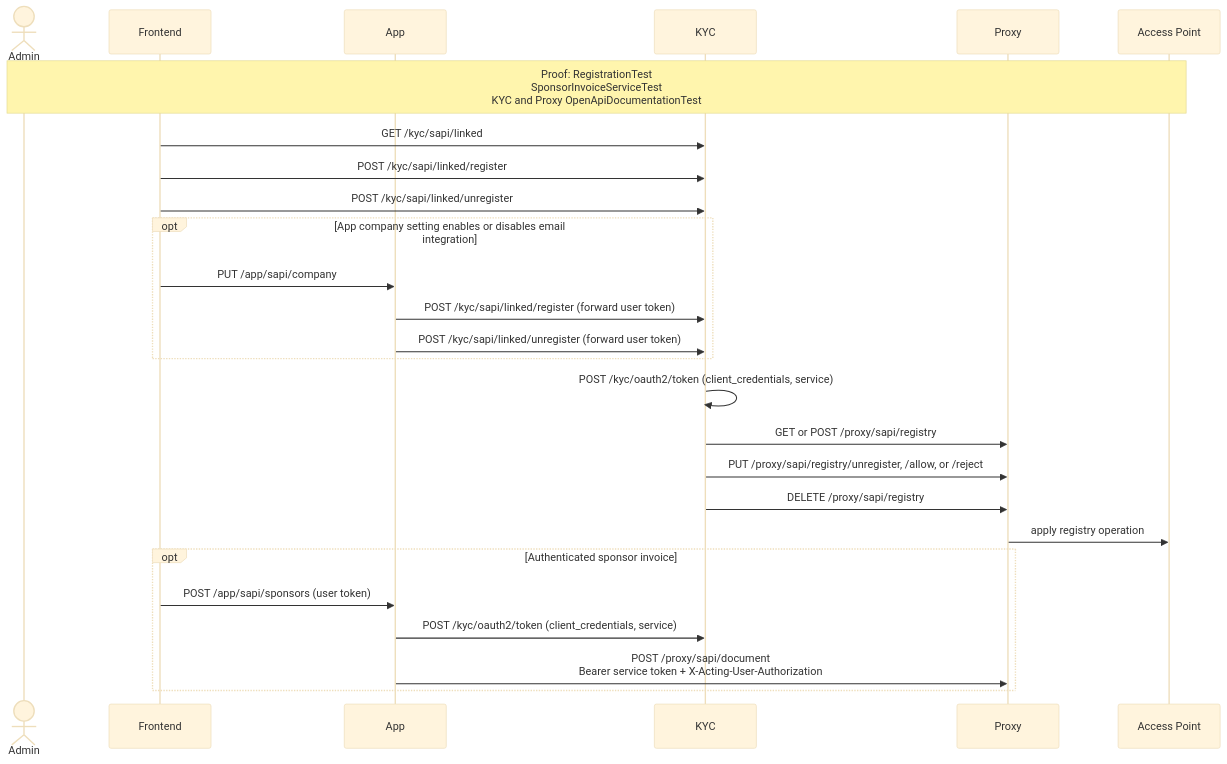
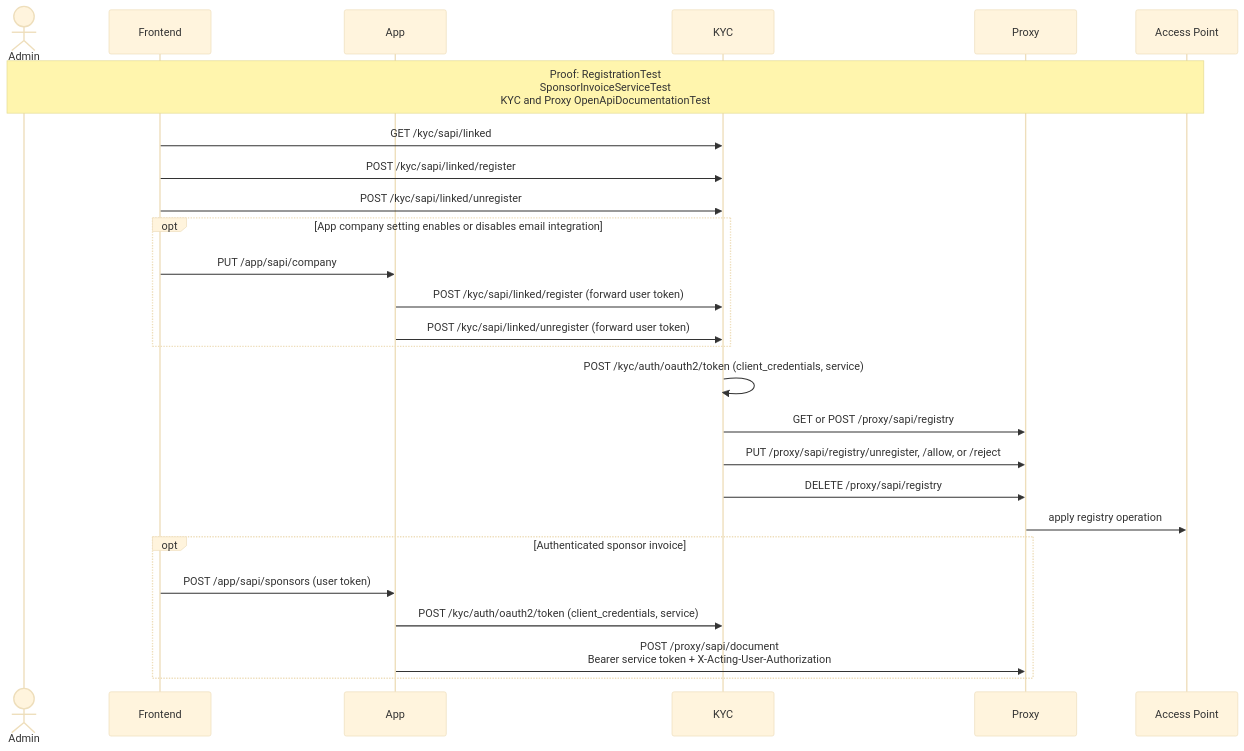
The diagram in readme/api-service-links-and-registry.md (letspeppol/letspeppol), drawn with Mermaid (base theme) before and after one commit. The commit also changed 32 other files, not shown here.

````diff
--- a/readme/api-service-links-and-registry.md
+++ b/readme/api-service-links-and-registry.md
@@ -9,29 +9,29 @@
 ```mermaid
 sequenceDiagram
     actor Admin
     participant UI as Frontend
     participant App
     participant KYC
     participant Proxy
     participant AP as Access Point
 
     Note over Admin,AP: Proof: RegistrationTest<br/>SponsorInvoiceServiceTest<br/>KYC and Proxy OpenApiDocumentationTest
     UI->>KYC: GET /kyc/sapi/linked
     UI->>KYC: POST /kyc/sapi/linked/register
     UI->>KYC: POST /kyc/sapi/linked/unregister
     opt App company setting enables or disables email integration
         UI->>App: PUT /app/sapi/company
         App->>KYC: POST /kyc/sapi/linked/register (forward user token)
         App->>KYC: POST /kyc/sapi/linked/unregister (forward user token)
     end
-    KYC->>KYC: POST /kyc/oauth2/token (client_credentials, service)
+    KYC->>KYC: POST /kyc/auth/oauth2/token (client_credentials, service)
     KYC->>Proxy: GET or POST /proxy/sapi/registry
     KYC->>Proxy: PUT /proxy/sapi/registry/unregister, /allow, or /reject
     KYC->>Proxy: DELETE /proxy/sapi/registry
     Proxy->>AP: apply registry operation
     opt Authenticated sponsor invoice
         UI->>App: POST /app/sapi/sponsors (user token)
-        App->>KYC: POST /kyc/oauth2/token (client_credentials, service)
+        App->>KYC: POST /kyc/auth/oauth2/token (client_credentials, service)
         App->>Proxy: POST /proxy/sapi/document<br/>Bearer service token + X-Acting-User-Authorization
     end
 ```
````
